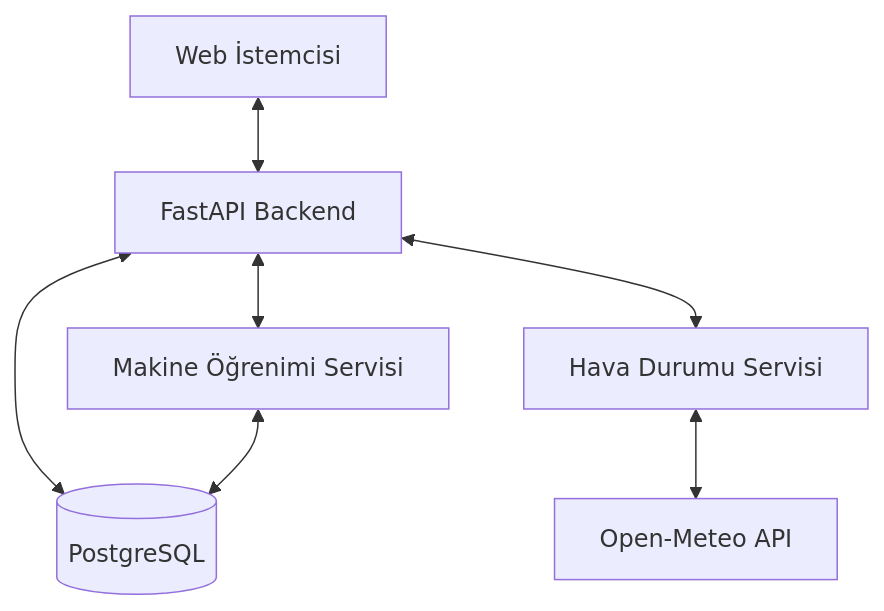
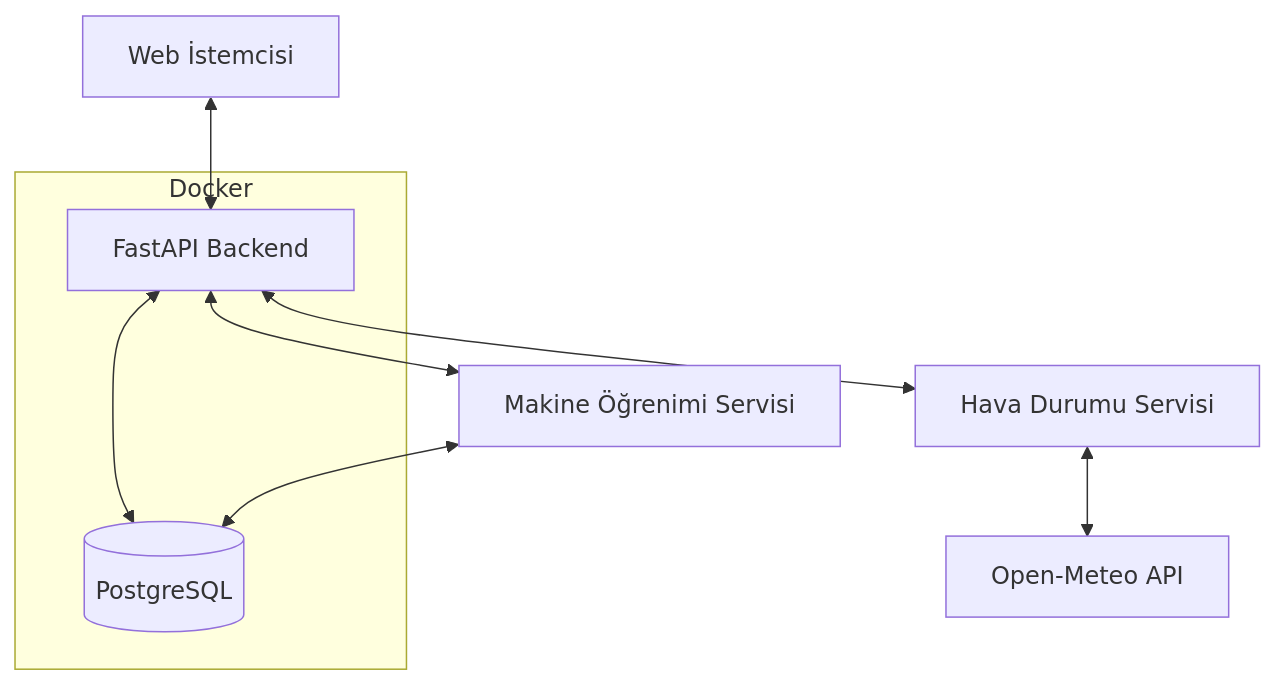
The first of 2 diagrams in memory-bank/systemPatterns.md (ozkanerbatuhan/Solar-Backend), drawn with Mermaid before and after one commit. The commit also changed other lines of this file and 11 other files, not shown here.

Commit message:
Docker ile containerizasyon tamamlandı, PostgreSQL veritabanı bağlantısı başarıyla kuruldu ve API artık Docker üzerinde çalışabilir durumda. README.md dosyası Docker kurulum talimatlarıyla güncellendi. Proje ilerlemesi ve gereksinimler güncellendi.

````diff
--- a/memory-bank/systemPatterns.md
+++ b/memory-bank/systemPatterns.md
@@ -6,9 +6,14 @@
 ```mermaid
 flowchart TD
     Client[Web İstemcisi] <--> API[FastAPI Backend]
     API <--> DB[(PostgreSQL)]
     API <--> ML[Makine Öğrenimi Servisi]
     ML <--> DB
     API <--> WS[Hava Durumu Servisi]
     WS <--> EXT[Open-Meteo API]
+    
+    subgraph Docker
+      API
+      DB
+    end
 ```
````
